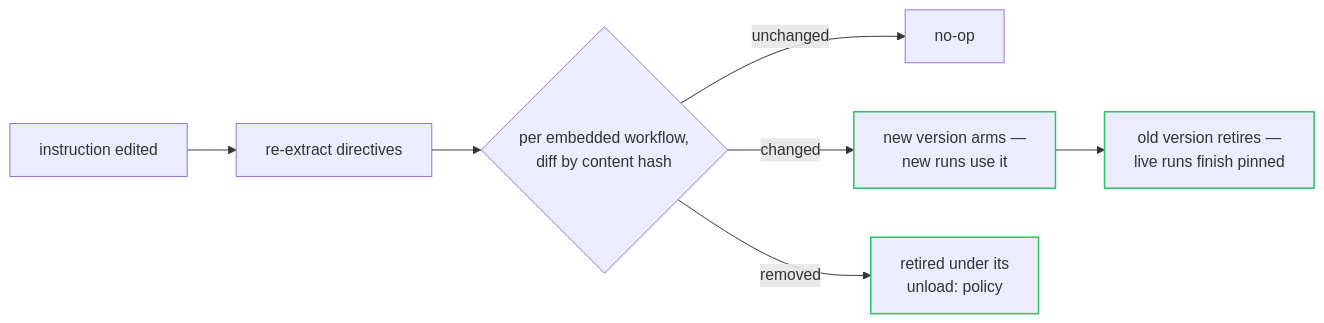
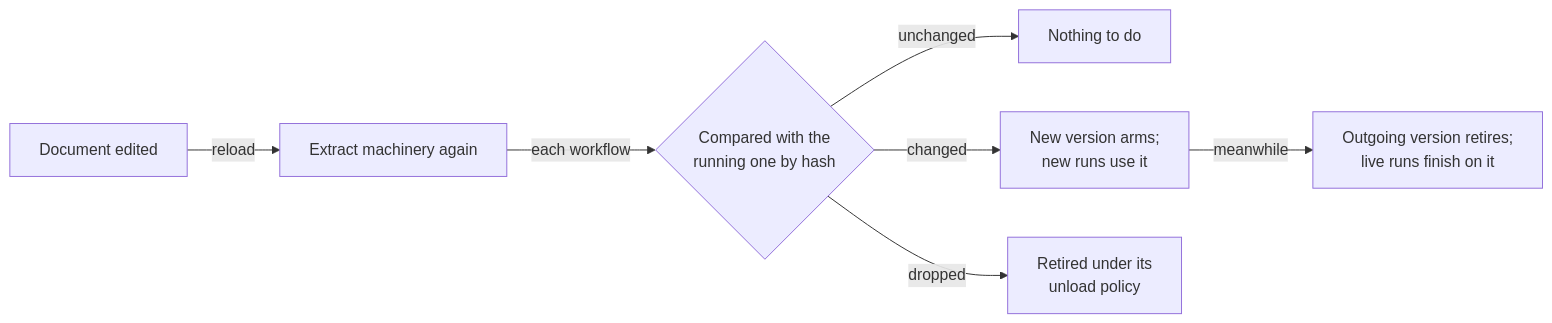
Before and after one commit to agentd-dev/source-code: the third of 3 diagrams in docs/directives.md, drawn with Mermaid. The commit also changed other lines of this file and 110 other files, not shown here.

````diff
--- a/docs/directives.md
+++ b/docs/directives.md
@@ -335,12 +275,9 @@
 ```mermaid
 flowchart LR
-  E["instruction edited"] --> X["re-extract directives"]
-  X --> D{"per embedded workflow,<br/>diff by content hash"}
-  D -- unchanged --> N["no-op"]
-  D -- changed --> R2["new version arms —<br/>new runs use it"]
-  R2 --> R1["old version retires —<br/>live runs finish pinned"]
-  D -- removed --> R3["retired under its<br/>unload: policy"]
-
-  classDef accent stroke:#22c55e,stroke-width:1.5px;
-  class R2,R1,R3 accent;
+  E["Document edited"] -->|"reload"| X["Extract machinery again"]
+  X -->|"each workflow"| D{"Compared with the<br/>running one by hash"}
+  D -->|"unchanged"| N["Nothing to do"]
+  D -->|"changed"| A["New version arms;<br/>new runs use it"]
+  A -->|"meanwhile"| R1["Outgoing version retires;<br/>live runs finish on it"]
+  D -->|"dropped"| R2["Retired under its<br/>unload policy"]
 ```
````
